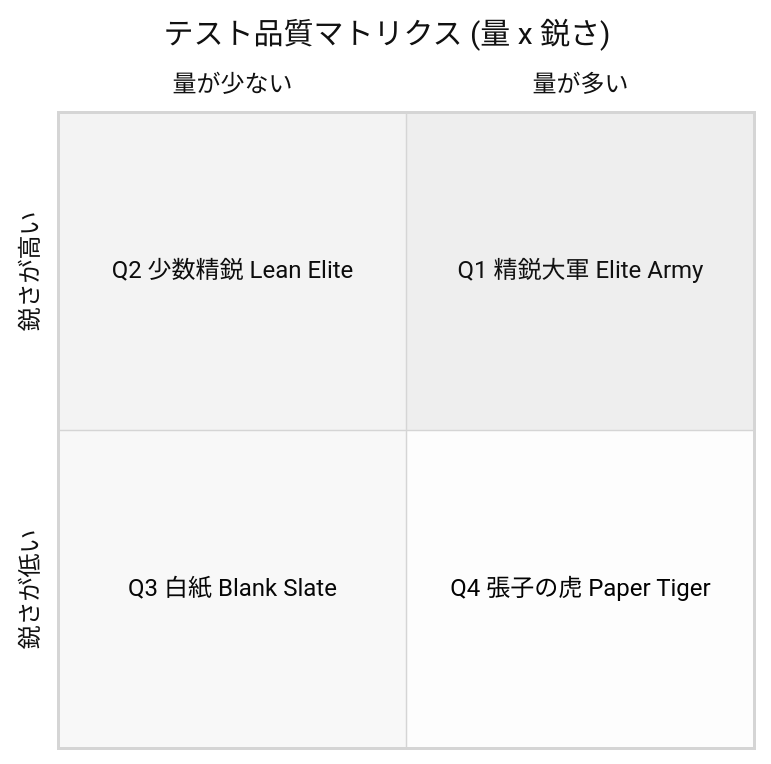
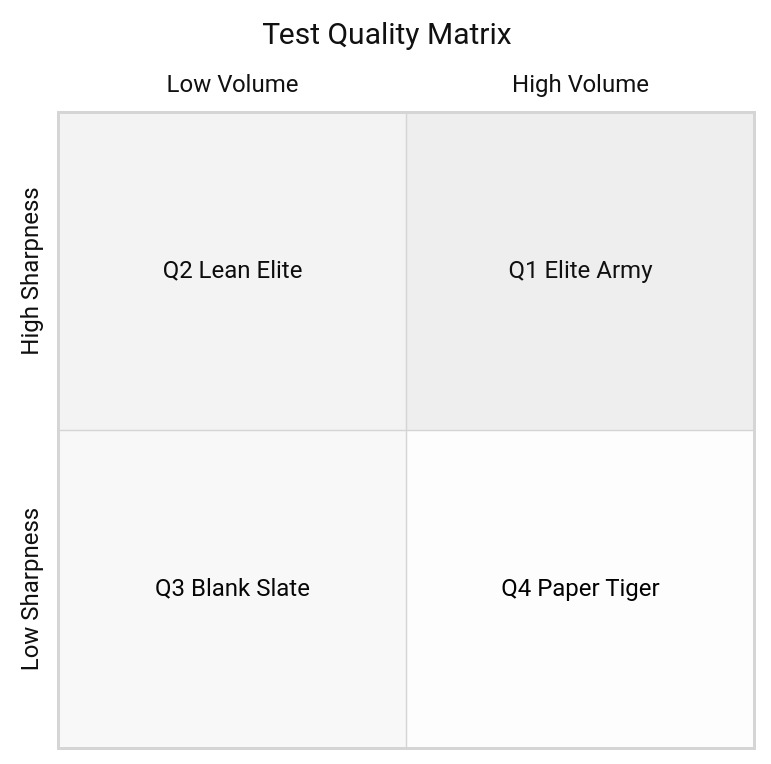
One commit to NAM-MAN/takumi changed the first of 3 diagrams in skills/takumi/verify/README.md. Above: the diagram before and after it, drawn with Mermaid (neutral theme). The commit also changed other lines of this file, not shown here.

Commit message:
fix(verify/README): quadrantChart を ASCII 化して mermaid lexical error 解消
GitHub の mermaid renderer は quadrantChart の title/axis に非 ASCII
(日本語、括弧、`x`) を入れると "Lexical error on line 3" で落ちる。
title / x-axis / y-axis / quadrant-N ラベルを英字に統一して解消。
日本語の意味は直下の象限プロフィール表と ASCII 版で保全。

````diff
--- a/skills/takumi/verify/README.md
+++ b/skills/takumi/verify/README.md
@@ -30,10 +30,10 @@
 ```mermaid
 quadrantChart
-    title テスト品質マトリクス (量 x 鋭さ)
-    x-axis 量が少ない --> 量が多い
-    y-axis 鋭さが低い --> 鋭さが高い
-    quadrant-1 Q1 精鋭大軍 Elite Army
-    quadrant-2 Q2 少数精鋭 Lean Elite
-    quadrant-3 Q3 白紙 Blank Slate
-    quadrant-4 Q4 張子の虎 Paper Tiger
+    title Test Quality Matrix
+    x-axis Low Volume --> High Volume
+    y-axis Low Sharpness --> High Sharpness
+    quadrant-1 Q1 Elite Army
+    quadrant-2 Q2 Lean Elite
+    quadrant-3 Q3 Blank Slate
+    quadrant-4 Q4 Paper Tiger
 ```
````
